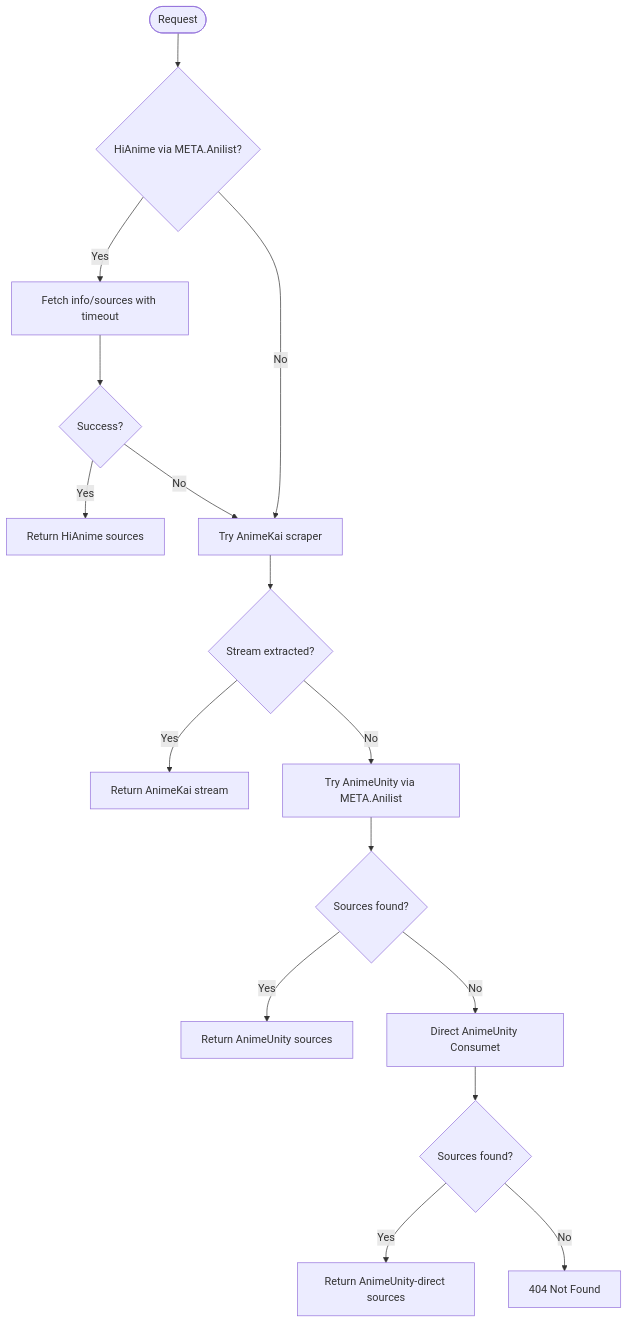
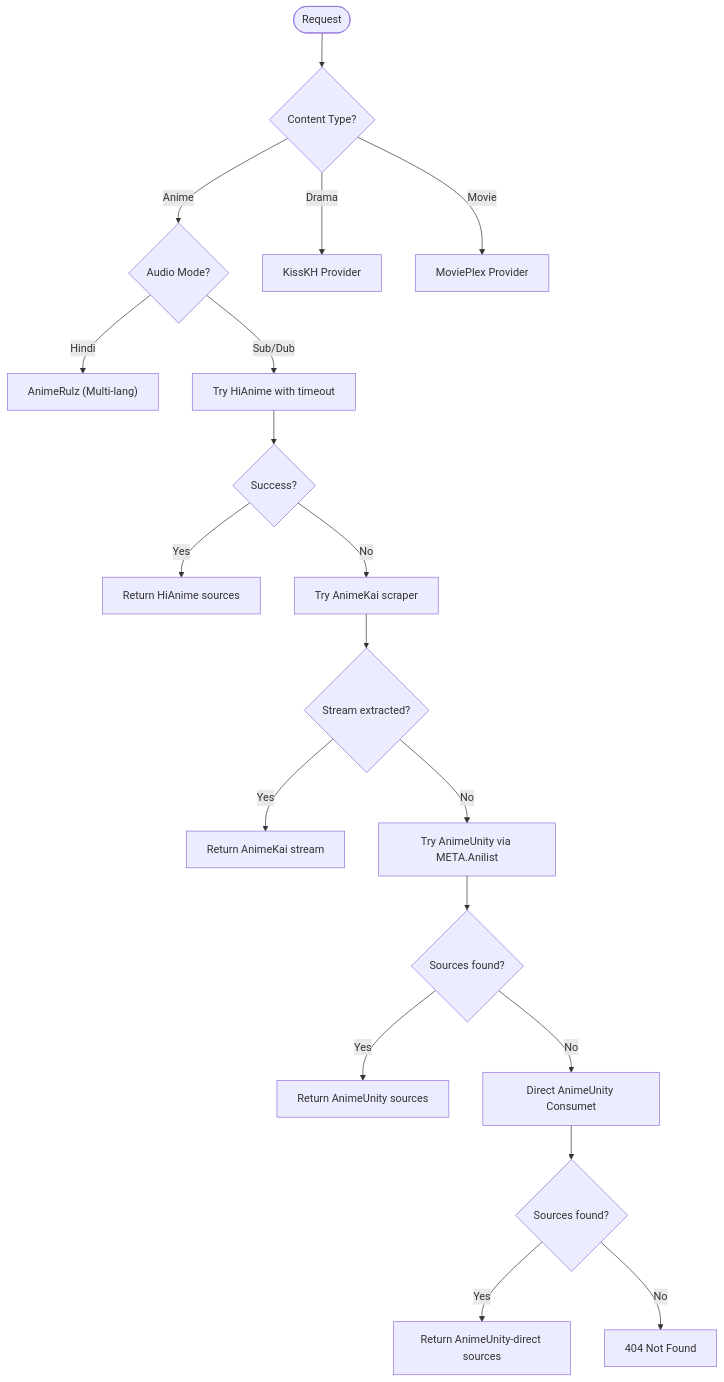
One commit to techniciansupremus-lab/Project-Anime changed the third of 7 diagrams in .qoder/repowiki/en/content/Backend Services/Content Provider Integration/Content Provider Integration.md. Above: the diagram before and after it, drawn with Mermaid. The commit also changed other lines of this file and 101 other files, not shown here.

````diff
--- a/.qoder/repowiki/en/content/Backend Services/Content Provider Integration/Content Provider Integration.md
+++ b/.qoder/repowiki/en/content/Backend Services/Content Provider Integration/Content Provider Integration.md
@@ -129,18 +149,21 @@
 ```mermaid
 flowchart TD
-Start(["Request"]) --> CheckPrimary{"HiAnime via META.Anilist?"}
-CheckPrimary --> |Yes| TryHi["Fetch info/sources with timeout"]
+Start(["Request"]) --> CheckType{"Content Type?"}
+CheckType --> |Anime| CheckAudio{"Audio Mode?"}
+CheckType --> |Drama| KissKH["KissKH Provider"]
+CheckType --> |Movie| MoviePlex["MoviePlex Provider"]
+CheckAudio --> |Hindi| AnimeRulz["AnimeRulz (Multi-lang)"]
+CheckAudio --> |Sub/Dub| TryHi["Try HiAnime with timeout"]
 TryHi --> HiOk{"Success?"}
 HiOk --> |Yes| ReturnHi["Return HiAnime sources"]
 HiOk --> |No| TryKai["Try AnimeKai scraper"]
-CheckPrimary --> |No| TryKai
 TryKai --> KaiOk{"Stream extracted?"}
 KaiOk --> |Yes| ReturnKai["Return AnimeKai stream"]
 KaiOk --> |No| TryUnity["Try AnimeUnity via META.Anilist"]
 TryUnity --> UnityOk{"Sources found?"}
 UnityOk --> |Yes| ReturnUnity["Return AnimeUnity sources"]
 UnityOk --> |No| DirectUnity["Direct AnimeUnity Consumet"]
 DirectUnity --> DUnityOk{"Sources found?"}
 DUnityOk --> |Yes| ReturnDUnity["Return AnimeUnity-direct sources"]
 DUnityOk --> |No| NotFound["404 Not Found"]
 ```
````
